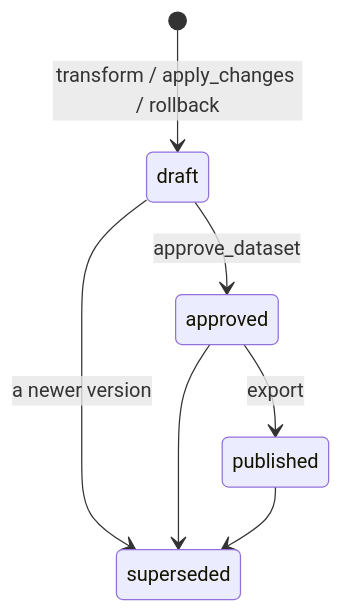
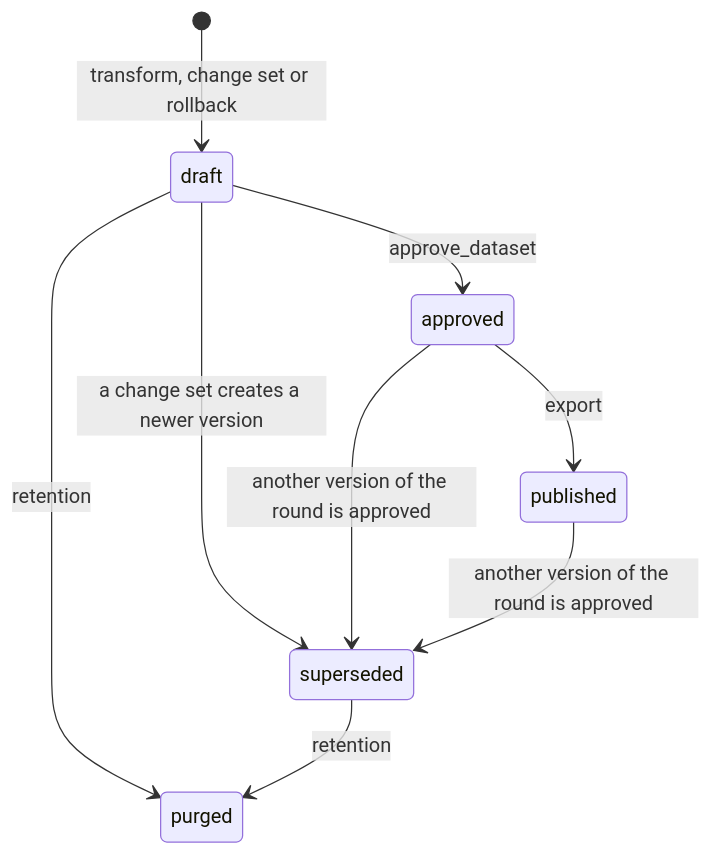
One commit to BeatChalongrat/Forma changed the tenth of 12 diagrams in docs/SYSTEM_FLOWS.md. Above: the diagram before and after it, drawn with Mermaid. The commit also changed other lines of this file and 34 other files, not shown here.

````diff
--- a/docs/SYSTEM_FLOWS.md
+++ b/docs/SYSTEM_FLOWS.md
@@ -280,9 +295,11 @@
 ```mermaid
 stateDiagram-v2
-  [*] --> draft: transform / apply_changes / rollback
+  [*] --> draft: transform, change set or rollback
   draft --> approved: approve_dataset
+  draft --> superseded: a change set creates a newer version
   approved --> published: export
-  draft --> superseded: a newer version
-  approved --> superseded
-  published --> superseded
+  approved --> superseded: another version of the round is approved
+  published --> superseded: another version of the round is approved
+  draft --> purged: retention
+  superseded --> purged: retention
 ```
````
